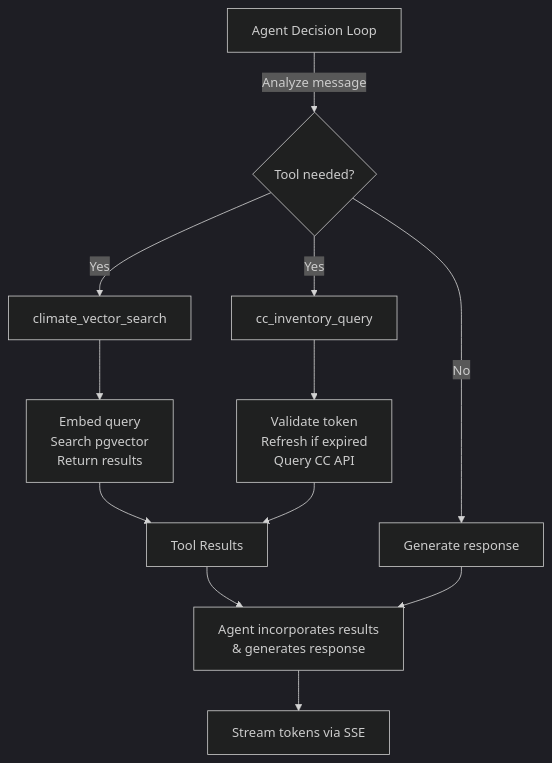
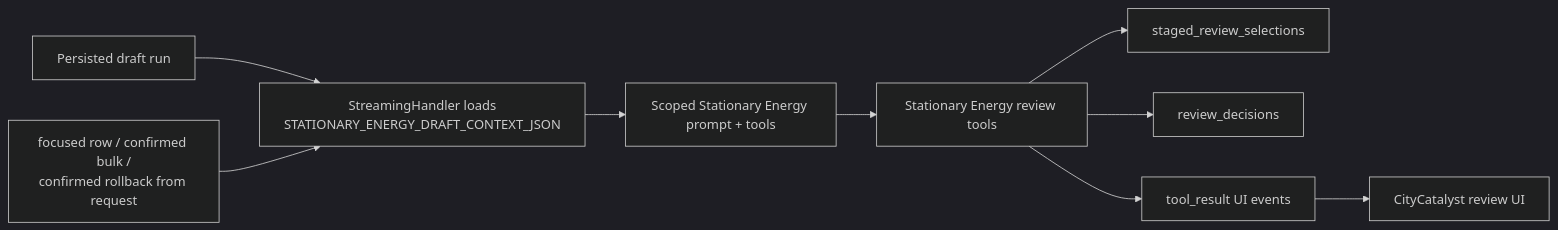
The third of 3 diagrams in climate-advisor/docs/architecture.md (Open-Earth-Foundation/CityCatalyst), drawn with Mermaid (dark theme) before and after one commit. The commit also changed other lines of this file and 32 other files, not shown here.

Commit message:
Make stationary energy drafts deterministic

````diff
--- a/climate-advisor/docs/architecture.md
+++ b/climate-advisor/docs/architecture.md
@@ -79,21 +114,11 @@
 ```mermaid
-flowchart TD
-    Agent["Agent Decision Loop"]
-
-    Agent -->|Analyze message| Decision{Tool needed?}
-
-    Decision -->|Yes| Tool1["climate_vector_search"]
-    Decision -->|Yes| Tool2["cc_inventory_query"]
-    Decision -->|No| Generate["Generate response"]
-
-    Tool1 --> Embed["Embed query<br/>Search pgvector<br/>Return results"]
-    Tool2 --> Query["Validate token<br/>Refresh if expired<br/>Query CC API"]
-
-    Embed --> Results["Tool Results"]
-    Query --> Results
-
-    Results --> Continue["Agent incorporates results<br/>& generates response"]
-    Generate --> Continue
-
-    Continue --> SSE["Stream tokens via SSE"]
+flowchart LR
+    Draft["Persisted draft run"] --> Context["StreamingHandler loads<br/>STATIONARY_ENERGY_DRAFT_CONTEXT_JSON"]
+    UIContext["focused row / confirmed bulk /<br/>confirmed rollback from request"] --> Context
+    Context --> Agent["Scoped Stationary Energy prompt + tools"]
+    Agent --> Tools["Stationary Energy review tools"]
+    Tools --> Staged["staged_review_selections"]
+    Tools --> Decisions["review_decisions"]
+    Tools --> Confirm["tool_result UI events"]
+    Confirm --> Client["CityCatalyst review UI"]
 ```
````
